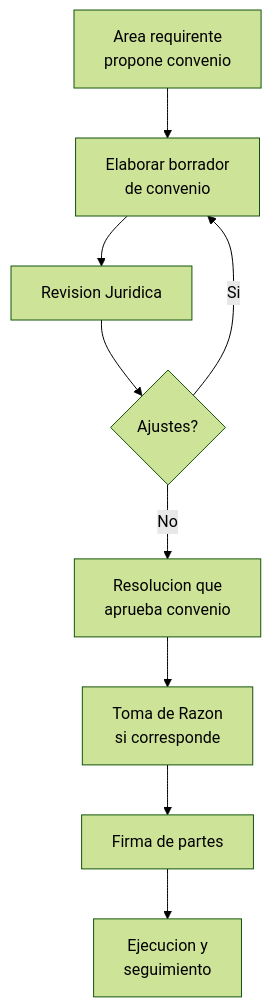
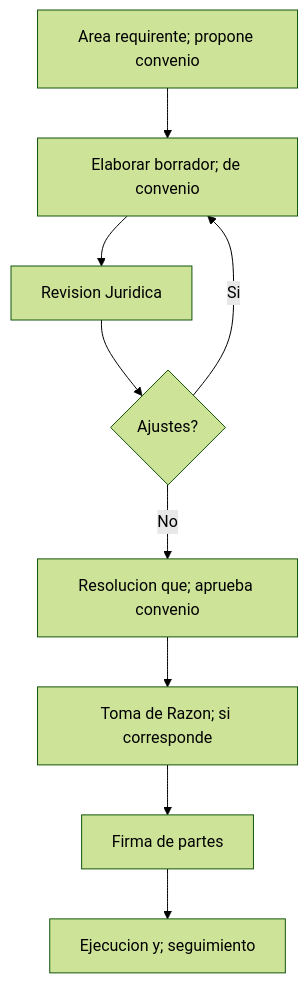
One commit to felix-antonio-sl/kora changed the third of 5 diagrams in KNOWLEDGE/gn/kb/bpmn-actos-administrativos.md. Above: the diagram before and after it, drawn with Mermaid (forest theme). The commit also changed other lines of this file and 1034 other files, not shown here.

````diff
--- a/KNOWLEDGE/gn/kb/bpmn-actos-administrativos.md
+++ b/KNOWLEDGE/gn/kb/bpmn-actos-administrativos.md
@@ -153,11 +163,11 @@
 ```mermaid
 flowchart TD
-    A["Area requirente<br/>propone convenio"] --> B["Elaborar borrador<br/>de convenio"]
-    B --> C["Revision Juridica"]
-    C --> D{"Ajustes?"}
-    D -->|"Si"| B
-    D -->|"No"| E["Resolucion que<br/>aprueba convenio"]
-    E --> F["Toma de Razon<br/>si corresponde"]
-    F --> G["Firma de partes"]
-    G --> H["Ejecucion y<br/>seguimiento"]
+ A["Area requirente; propone convenio"] --> B["Elaborar borrador; de convenio"]
+ B --> C["Revision Juridica"]
+ C --> D{"Ajustes?"}
+ D -->|"Si"| B
+ D -->|"No"| E["Resolucion que; aprueba convenio"]
+ E --> F["Toma de Razon; si corresponde"]
+ F --> G["Firma de partes"]
+ G --> H["Ejecucion y; seguimiento"]
 ```
````
